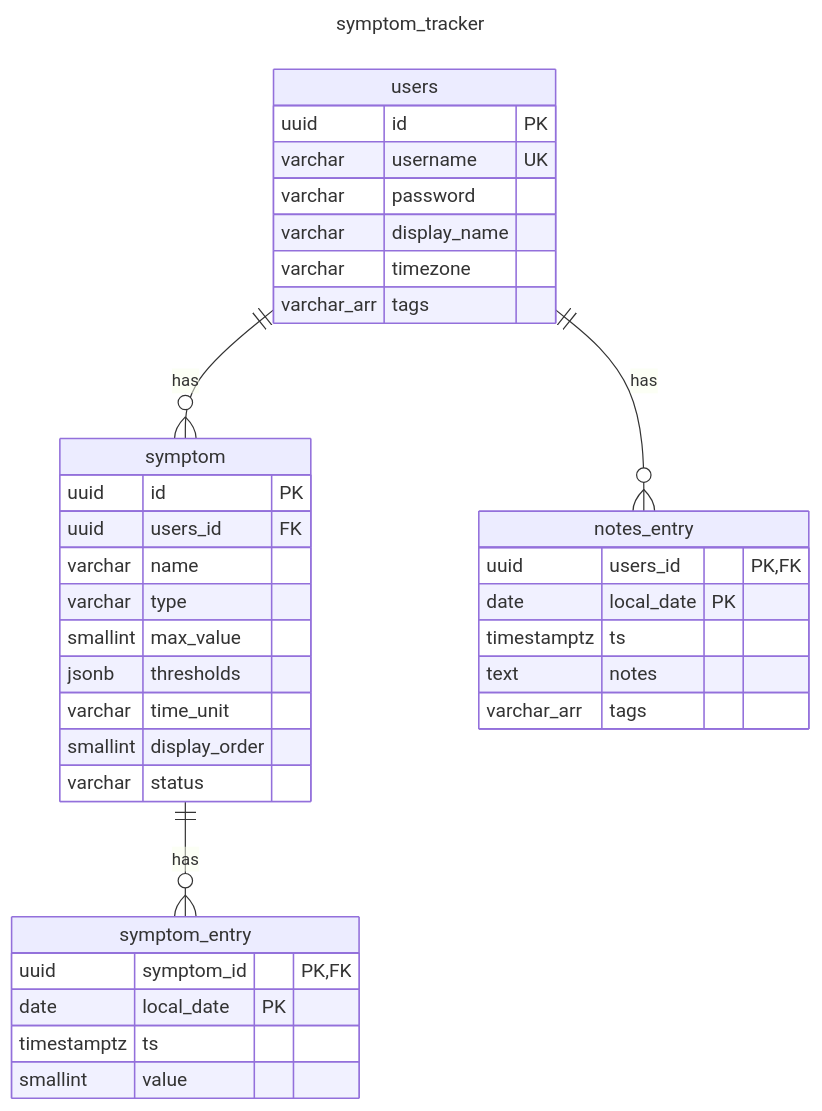
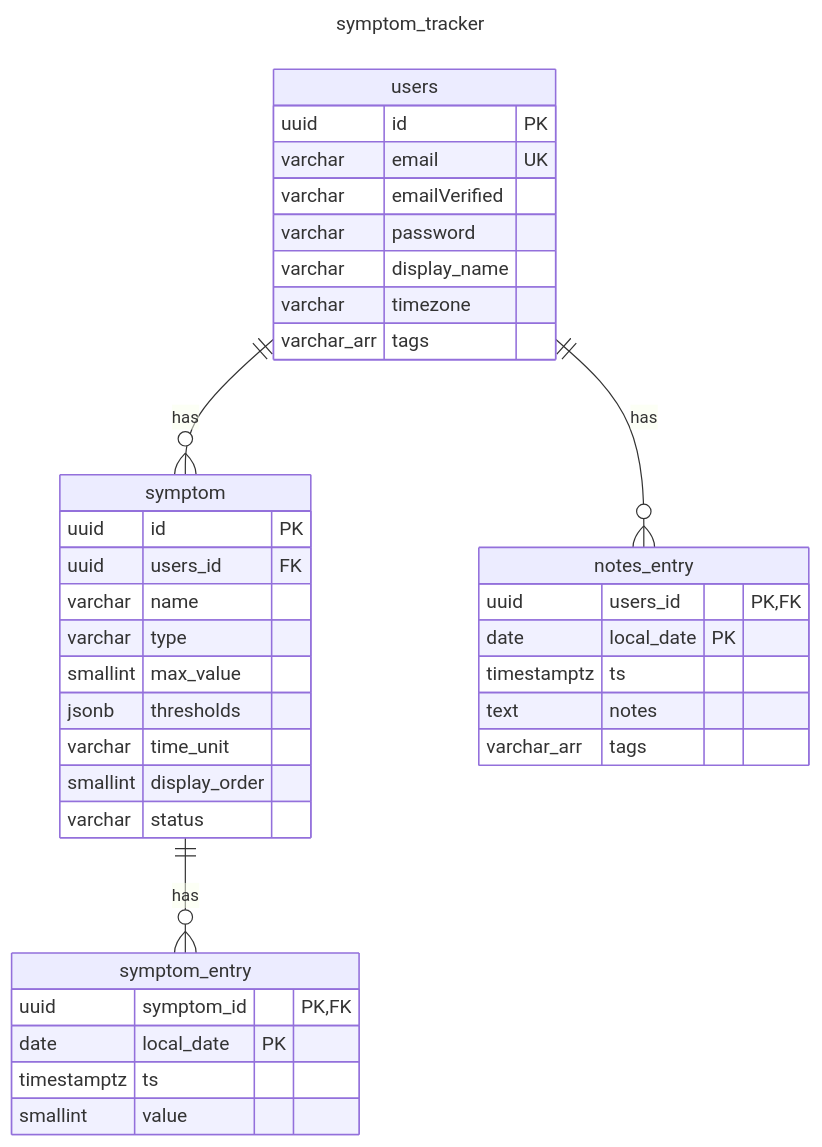
Before and after one commit to jcorteza/symptom-tracker: the diagram in docs/DATA_MODEL.md, drawn with Mermaid. The commit also changed 1 other file, not shown here.

Commit message:
update to replace users.username with users.email and add users.emailVerified

````diff
--- a/docs/DATA_MODEL.md
+++ b/docs/DATA_MODEL.md
@@ -5,47 +5,48 @@
 ```mermaid
 ---
 title: symptom_tracker
 config:
   er:
     diagramPadding: 10
     entityPadding: 5
     nodeSpacing: 140
     rankSpacing: 75
 ---
 erDiagram
   users ||--o{ symptom : has
   users ||--o{ notes_entry : has
   symptom ||--o{ symptom_entry : has
   users {
     uuid id PK
-    varchar username UK
+    varchar email UK
+    varchar emailVerified
     varchar password
     varchar display_name
     varchar timezone
     varchar_arr tags
   }
   symptom {
     uuid id PK
     uuid users_id FK
     varchar name
     varchar type
     smallint max_value
     jsonb thresholds
     varchar time_unit
     smallint display_order
     varchar status
   }
   symptom_entry {
     uuid symptom_id "PK,FK"
     date local_date PK
     timestamptz ts
     smallint value
   }
   notes_entry {
     uuid users_id "PK,FK"
     date local_date PK
     timestamptz ts
     text notes
     varchar_arr tags
   }
 ```
````
